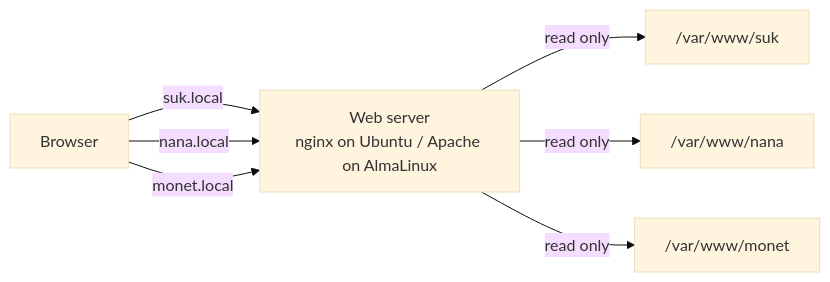
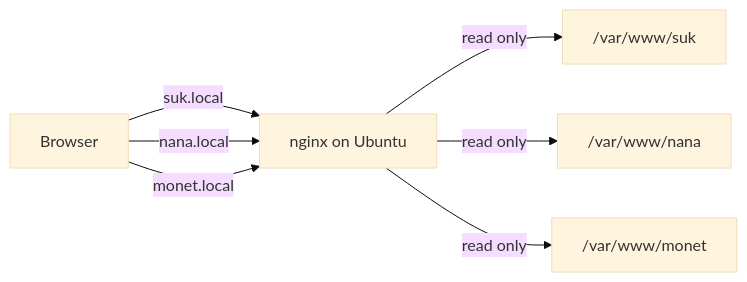
One commit to Daizah/aws-cloud-journey changed the diagram in linux-multi-user-web-server/README.md. Above: the diagram before and after it, drawn with Mermaid (base theme). The commit also changed other lines of this file and 3 other files, not shown here.

````diff
--- a/linux-multi-user-web-server/README.md
+++ b/linux-multi-user-web-server/README.md
@@ -10,9 +10,9 @@
 ```mermaid
 flowchart LR
-    B[Browser] -->|suk.local| W[Web server<br/>nginx on Ubuntu / Apache on AlmaLinux]
+    B[Browser] -->|suk.local| W[nginx on Ubuntu]
     B -->|nana.local| W
     B -->|monet.local| W
     W -->|read only| S1["/var/www/suk"]
     W -->|read only| S2["/var/www/nana"]
     W -->|read only| S3["/var/www/monet"]
 ```
````
